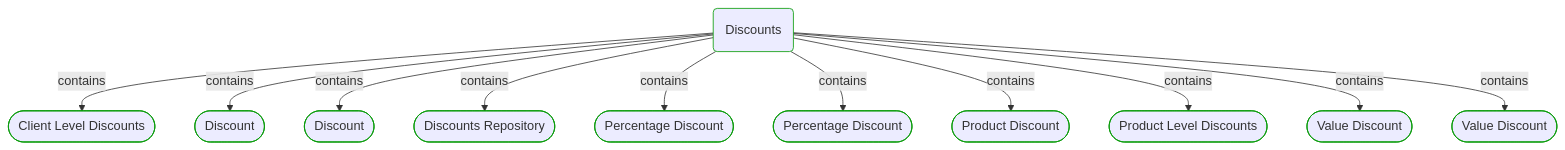
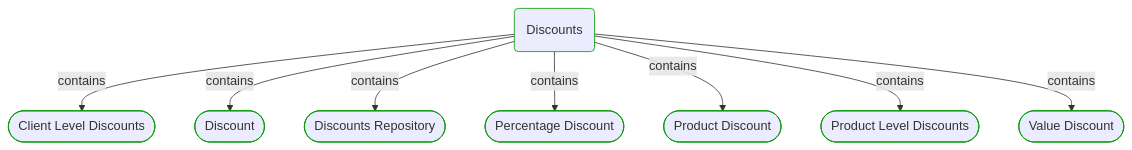
The second of 4 diagrams in Docs/P3/MermaidOutput/Domain/Concepts/Sales/Pricing/Discounts/Discounts.md (itlibrium/DDD-starter-dotnet), drawn with Mermaid before and after one commit. The commit also changed other lines of this file and 102 other files, not shown here.

````diff
--- a/Docs/P3/MermaidOutput/Domain/Concepts/Sales/Pricing/Discounts/Discounts.md
+++ b/Docs/P3/MermaidOutput/Domain/Concepts/Sales/Pricing/Discounts/Discounts.md
@@ -43,38 +43,29 @@
 ```mermaid
   flowchart TB
     0(Discounts)
     class 0 DomainPerspective
     1([Client Level Discounts])
     class 1 DomainPerspective
     0-->|contains|1
     2([Discount])
     class 2 DomainPerspective
     0-->|contains|2
-    3([Discount])
+    3([Discounts Repository])
     class 3 DomainPerspective
     0-->|contains|3
-    4([Discounts Repository])
+    4([Percentage Discount])
     class 4 DomainPerspective
     0-->|contains|4
-    5([Percentage Discount])
+    5([Product Discount])
     class 5 DomainPerspective
     0-->|contains|5
-    6([Percentage Discount])
+    6([Product Level Discounts])
     class 6 DomainPerspective
     0-->|contains|6
-    7([Product Discount])
+    7([Value Discount])
     class 7 DomainPerspective
     0-->|contains|7
-    8([Product Level Discounts])
-    class 8 DomainPerspective
-    0-->|contains|8
-    9([Value Discount])
-    class 9 DomainPerspective
-    0-->|contains|9
-    10([Value Discount])
-    class 10 DomainPerspective
-    0-->|contains|10
     classDef DomainPerspective stroke:#009900
     classDef TechnologyPerspective stroke:#1F41EB
     classDef PeoplePerspective stroke:#FFF014
 ```
````
